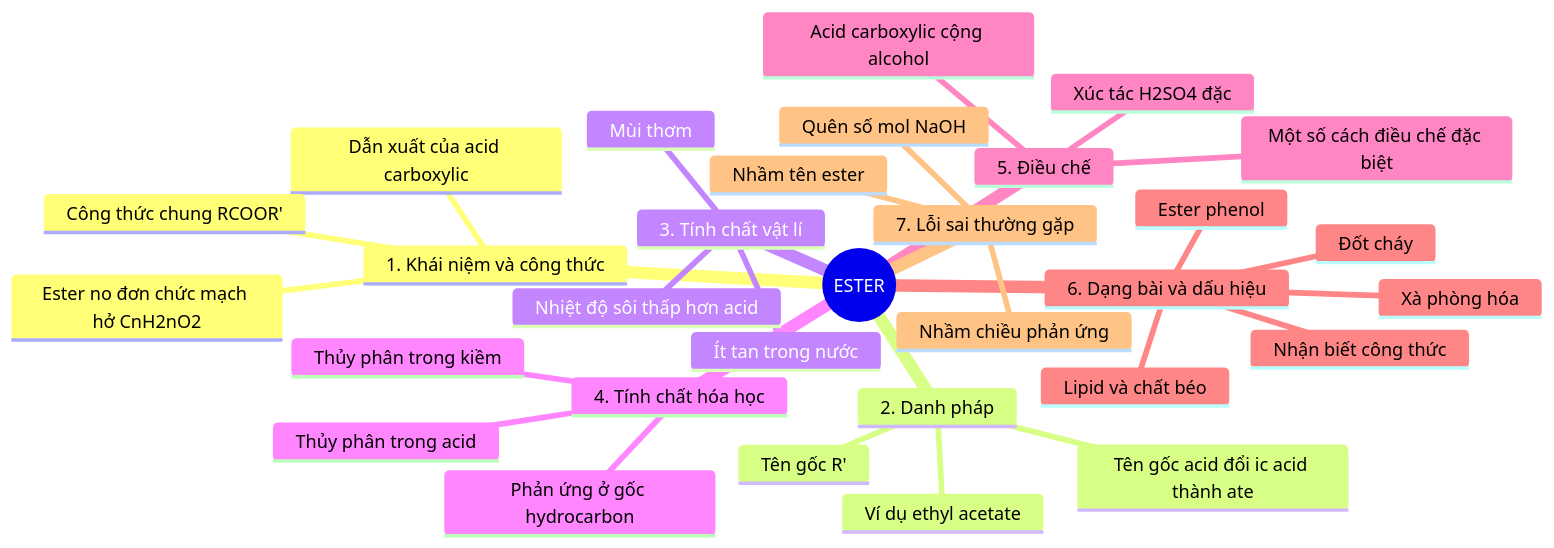
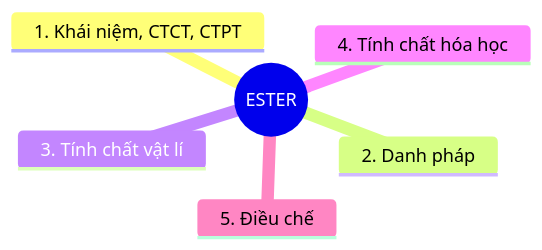
Before and after one commit to Dungkhongvui/hoa-12: the diagram in tong-on-cb/1-ester.md, drawn with Mermaid. The commit also changed other lines of this file, not shown here.

````diff
--- a/tong-on-cb/1-ester.md
+++ b/tong-on-cb/1-ester.md
@@ -10,34 +10,14 @@
 ```mermaid
 mindmap
   root((ESTER))
-    1. Khái niệm và công thức
-      Dẫn xuất của acid carboxylic
-      Công thức chung RCOOR'
-      Ester no đơn chức mạch hở CnH2nO2
+    1. Khái niệm, CTCT, CTPT
+
     2. Danh pháp
-      Tên gốc R'
-      Tên gốc acid đổi ic acid thành ate
-      Ví dụ ethyl acetate
+
     3. Tính chất vật lí
-      Mùi thơm
-      Ít tan trong nước
-      Nhiệt độ sôi thấp hơn acid
+      
     4. Tính chất hóa học
-      Thủy phân trong acid
-      Thủy phân trong kiềm
-      Phản ứng ở gốc hydrocarbon
+      
     5. Điều chế
-      Acid carboxylic cộng alcohol
-      Xúc tác H2SO4 đặc
-      Một số cách điều chế đặc biệt
-    6. Dạng bài và dấu hiệu
-      Nhận biết công thức
-      Xà phòng hóa
-      Đốt cháy
-      Ester phenol
-      Lipid và chất béo
-    7. Lỗi sai thường gặp
-      Nhầm chiều phản ứng
-      Quên số mol NaOH
-      Nhầm tên ester
+      
 ```
````
